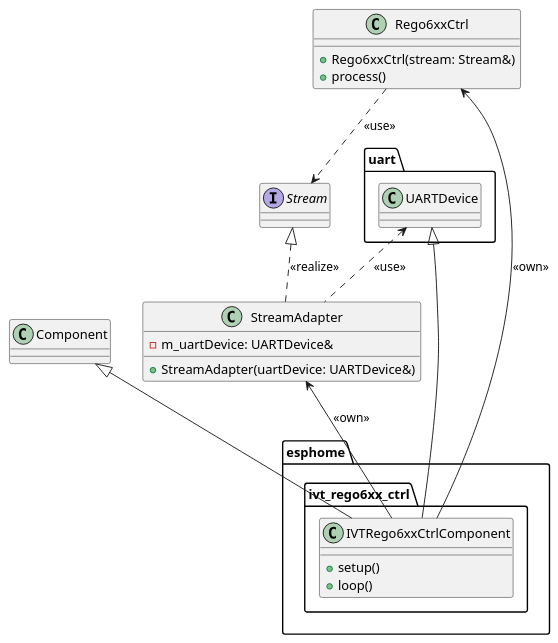
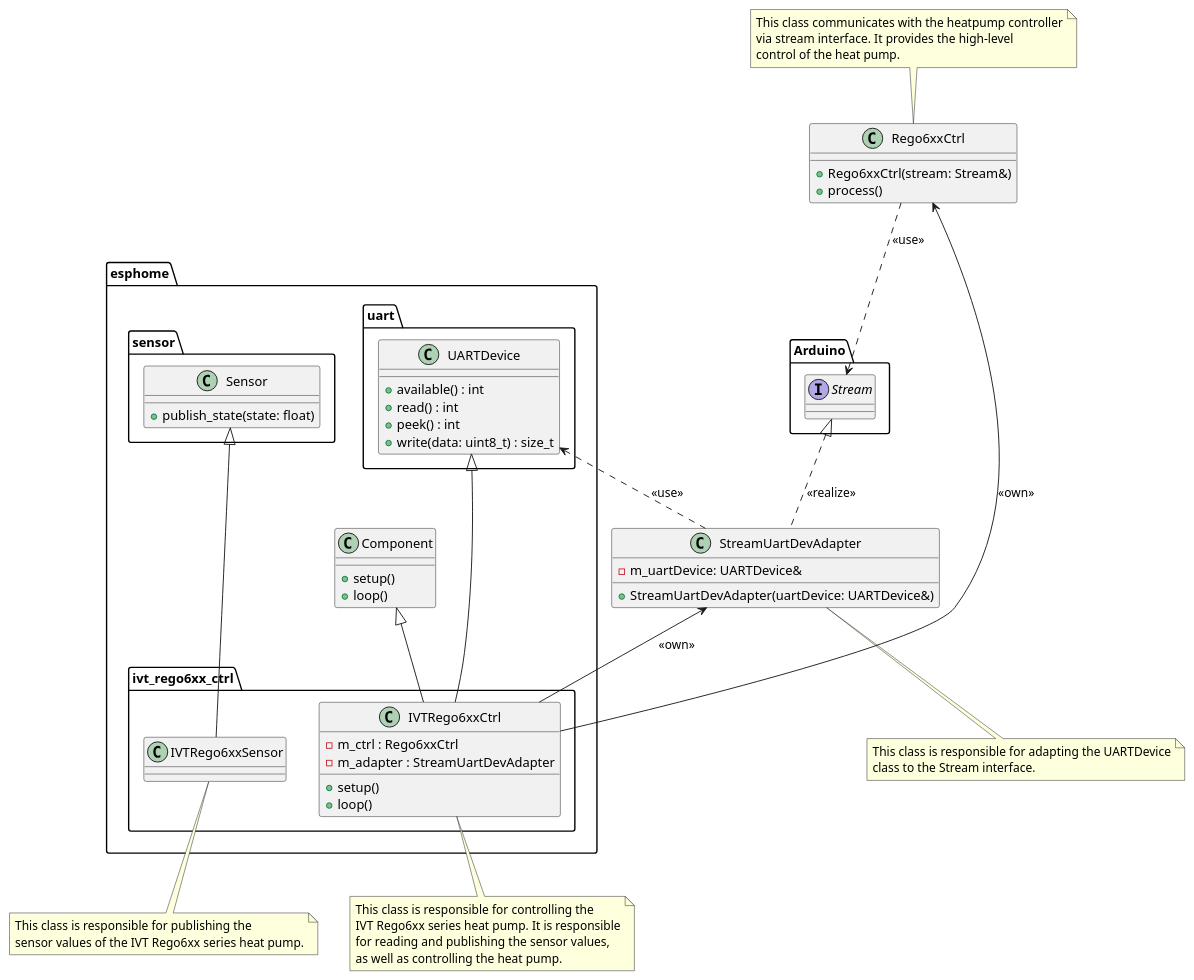
One commit to BlueAndi/IVTRego6xxControl changed the diagram in doc/sw-architecture/class_diagram.puml. Above: the diagram before and after it, drawn with PlantUML. The commit also changed 9 other files, not shown here.

```diff
--- a/doc/sw-architecture/class_diagram.puml
+++ b/doc/sw-architecture/class_diagram.puml
@@ -1,41 +1,90 @@
 @startuml class_diagram
 
-package "uart" {
-    class "UARTDevice" as uartDevice
-}
+package "esphome" {
 
-class "Component" as comp
+    package "uart" as uartPckg {
 
-package "esphome" {
-    package "ivt_rego6xx_ctrl" {
-        class "IVTRego6xxCtrlComponent" as ivtRego6xxCtrlComponent {
+        class "UARTDevice" as uartDevice {
+            + available() : int
+            + read() : int
+            + peek() : int
+            + write(data: uint8_t) : size_t
+        }
+    }
+
+    class "Component" as comp {
+        + setup()
+        + loop()
+    }
+
+    package "sensor" as sensorPckg {
+
+        class "Sensor" as sensor {
+            + publish_state(state: float)
+        }
+    }
+
+    package "ivt_rego6xx_ctrl" as ivtRego6xxCtrlPckg {
+
+        class "IVTRego6xxCtrl" as ivtRego6xxCtrl {
+            - m_ctrl : Rego6xxCtrl
+            - m_adapter : StreamUartDevAdapter
             + setup()
             + loop()
+        }
+
+        class "IVTRego6xxSensor" as ivtRego6xxSensor {
         }
     }
 }
 
-class "StreamAdapter" as streamAdapter {
+note bottom of ivtRego6xxCtrl
+    This class is responsible for controlling the
+    IVT Rego6xx series heat pump. It is responsible
+    for reading and publishing the sensor values,
+    as well as controlling the heat pump.
+end note
+
+note bottom of ivtRego6xxSensor
+    This class is responsible for publishing the
+    sensor values of the IVT Rego6xx series heat pump.
+end note
+
+class "StreamUartDevAdapter" as streamUartDevAdapter {
     - m_uartDevice: UARTDevice&
-    + StreamAdapter(uartDevice: UARTDevice&)
+    + StreamUartDevAdapter(uartDevice: UARTDevice&)
 }
+
+note bottom of streamUartDevAdapter
+    This class is responsible for adapting the UARTDevice
+    class to the Stream interface.
+end note
 
 class "Rego6xxCtrl" as rego6xxCtrl {
     + Rego6xxCtrl(stream: Stream&)
     + process()
 }
 
-interface "Stream" as stream
+note top of rego6xxCtrl
+    This class communicates with the heatpump controller
+    via stream interface. It provides the high-level
+    control of the heat pump.
+end note
 
-uartDevice <|--- ivtRego6xxCtrlComponent
-comp <|-- ivtRego6xxCtrlComponent
-rego6xxCtrl <-- ivtRego6xxCtrlComponent: <<own>>
-streamAdapter <-- ivtRego6xxCtrlComponent: <<own>>
+package "Arduino" as arduinoPckg {
+    interface "Stream" as stream
+}
 
-stream <|.. streamAdapter: <<realize>>
-uartDevice <.. streamAdapter: <<use>>
+uartDevice <|--- ivtRego6xxCtrl
+comp <|-- ivtRego6xxCtrl
+rego6xxCtrl <-- ivtRego6xxCtrl: <<own>>
+streamUartDevAdapter <-- ivtRego6xxCtrl: <<own>>
 
+stream <|.. streamUartDevAdapter: <<realize>>
+uartDevice <.. streamUartDevAdapter: <<use>>
 
 rego6xxCtrl ..> stream: <<use>>
 
+sensor <|--- ivtRego6xxSensor
+
 @enduml
```
